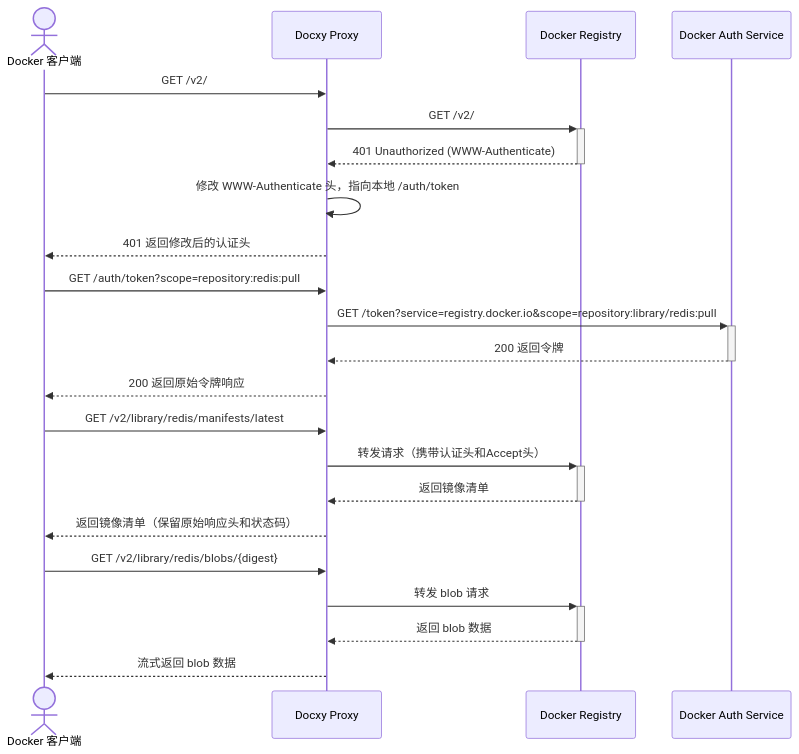
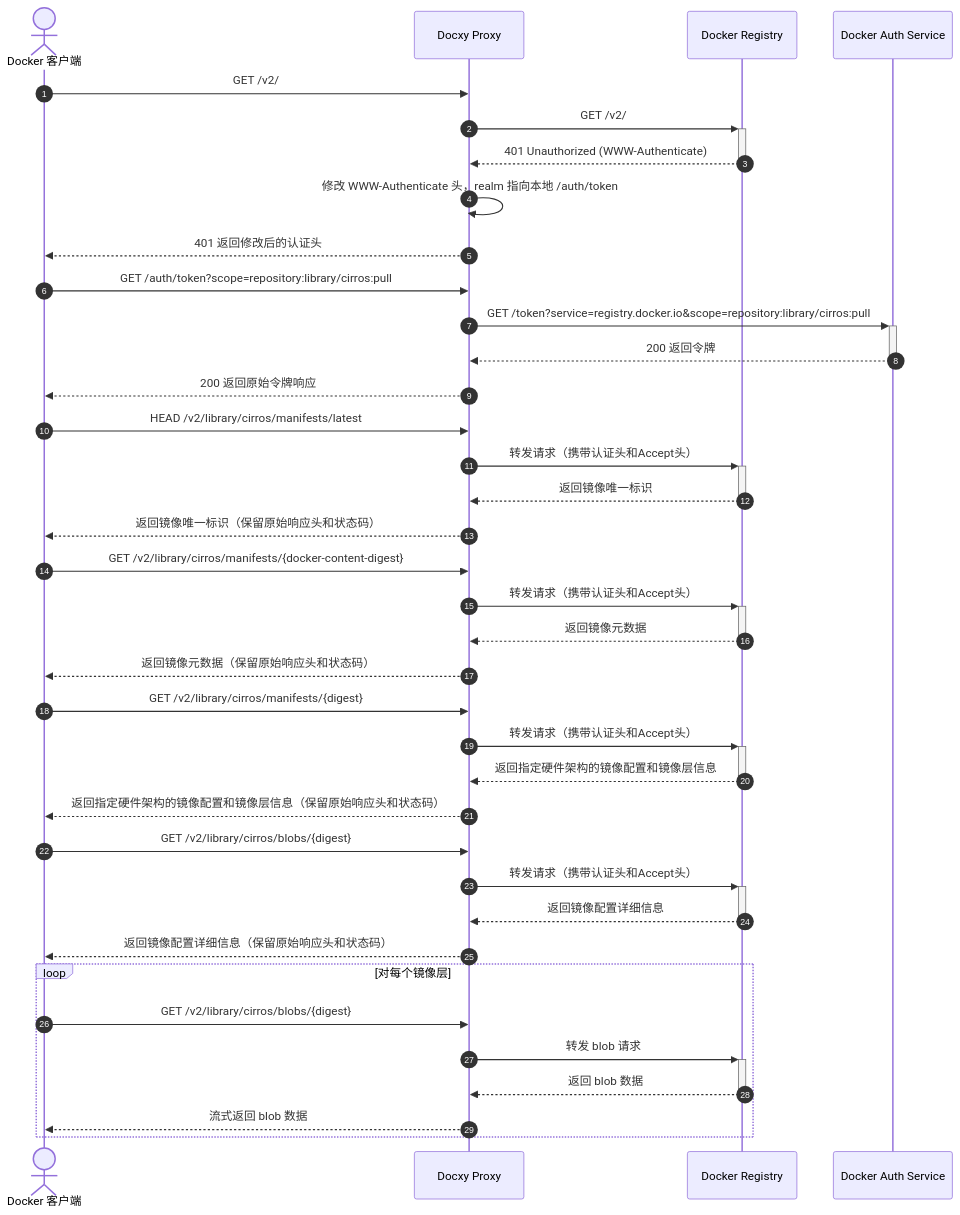
The second of 3 diagrams in README_CN.md (harrisonwang/docxy), drawn with Mermaid before and after one commit. The commit also changed other lines of this file, not shown here.

Commit message:
📃 docs: 更新 README_CN.md，完善镜像请求处理流程示例。

````diff
--- a/README_CN.md
+++ b/README_CN.md
@@ -90,32 +90,53 @@
 ```mermaid
 sequenceDiagram
+    autonumber
     actor Client as Docker 客户端
     participant Proxy as Docxy Proxy
     participant Registry as Docker Registry
     participant Auth as Docker Auth Service
     
     %% 质询请求处理
     Client->>Proxy: GET /v2/
     Proxy->>+Registry: GET /v2/
     Registry-->>-Proxy: 401 Unauthorized (WWW-Authenticate)
-    Proxy->>Proxy: 修改 WWW-Authenticate 头，指向本地 /auth/token
+    Proxy->>Proxy: 修改 WWW-Authenticate 头，realm 指向本地 /auth/token
     Proxy-->>Client: 401 返回修改后的认证头
     
     %% 令牌获取
-    Client->>Proxy: GET /auth/token?scope=repository:redis:pull
-    Proxy->>+Auth: GET /token?service=registry.docker.io&scope=repository:library/redis:pull
+    Client->>Proxy: GET /auth/token?scope=repository:library/cirros:pull
+    Proxy->>+Auth: GET /token?service=registry.docker.io&scope=repository:library/cirros:pull
     Auth-->>-Proxy: 200 返回令牌
     Proxy-->>Client: 200 返回原始令牌响应
     
+    %% 镜像摘要请求处理
+    Client->>Proxy: HEAD /v2/library/cirros/manifests/latest
+    Proxy->>+Registry: 转发请求（携带认证头和Accept头）
+    Registry-->>-Proxy: 返回镜像唯一标识
+    Proxy-->>Client: 返回镜像唯一标识（保留原始响应头和状态码）
+
     %% 镜像元数据请求处理
-    Client->>Proxy: GET /v2/library/redis/manifests/latest
+    Client->>Proxy: GET /v2/library/cirros/manifests/{docker-content-digest}
     Proxy->>+Registry: 转发请求（携带认证头和Accept头）
-    Registry-->>-Proxy: 返回镜像清单
-    Proxy-->>Client: 返回镜像清单（保留原始响应头和状态码）
+    Registry-->>-Proxy: 返回镜像元数据
+    Proxy-->>Client: 返回镜像元数据（保留原始响应头和状态码）
+
+    %% 镜像配置和镜像层信息请求处理
+    Client->>Proxy: GET /v2/library/cirros/manifests/{digest}
+    Proxy->>+Registry: 转发请求（携带认证头和Accept头）
+    Registry-->>-Proxy: 返回指定硬件架构的镜像配置和镜像层信息
+    Proxy-->>Client: 返回指定硬件架构的镜像配置和镜像层信息（保留原始响应头和状态码）
+
+    %% 镜像配置详细信息请求处理
+    Client->>Proxy: GET /v2/library/cirros/blobs/{digest}
+    Proxy->>+Registry: 转发请求（携带认证头和Accept头）
+    Registry-->>-Proxy: 返回镜像配置详细信息
+    Proxy-->>Client: 返回镜像配置详细信息（保留原始响应头和状态码）
     
-    %% 处理二进制数据
-    Client->>Proxy: GET /v2/library/redis/blobs/{digest}
-    Proxy->>+Registry: 转发 blob 请求
-    Registry-->>-Proxy: 返回 blob 数据
-    Proxy-->>Client: 流式返回 blob 数据
+    %% 各镜像层二进制数据请求处理（循环处理每一层）
+    loop 对每个镜像层
+        Client->>Proxy: GET /v2/library/cirros/blobs/{digest}
+        Proxy->>+Registry: 转发 blob 请求
+        Registry-->>-Proxy: 返回 blob 数据
+        Proxy-->>Client: 流式返回 blob 数据
+    end
 ```
````
